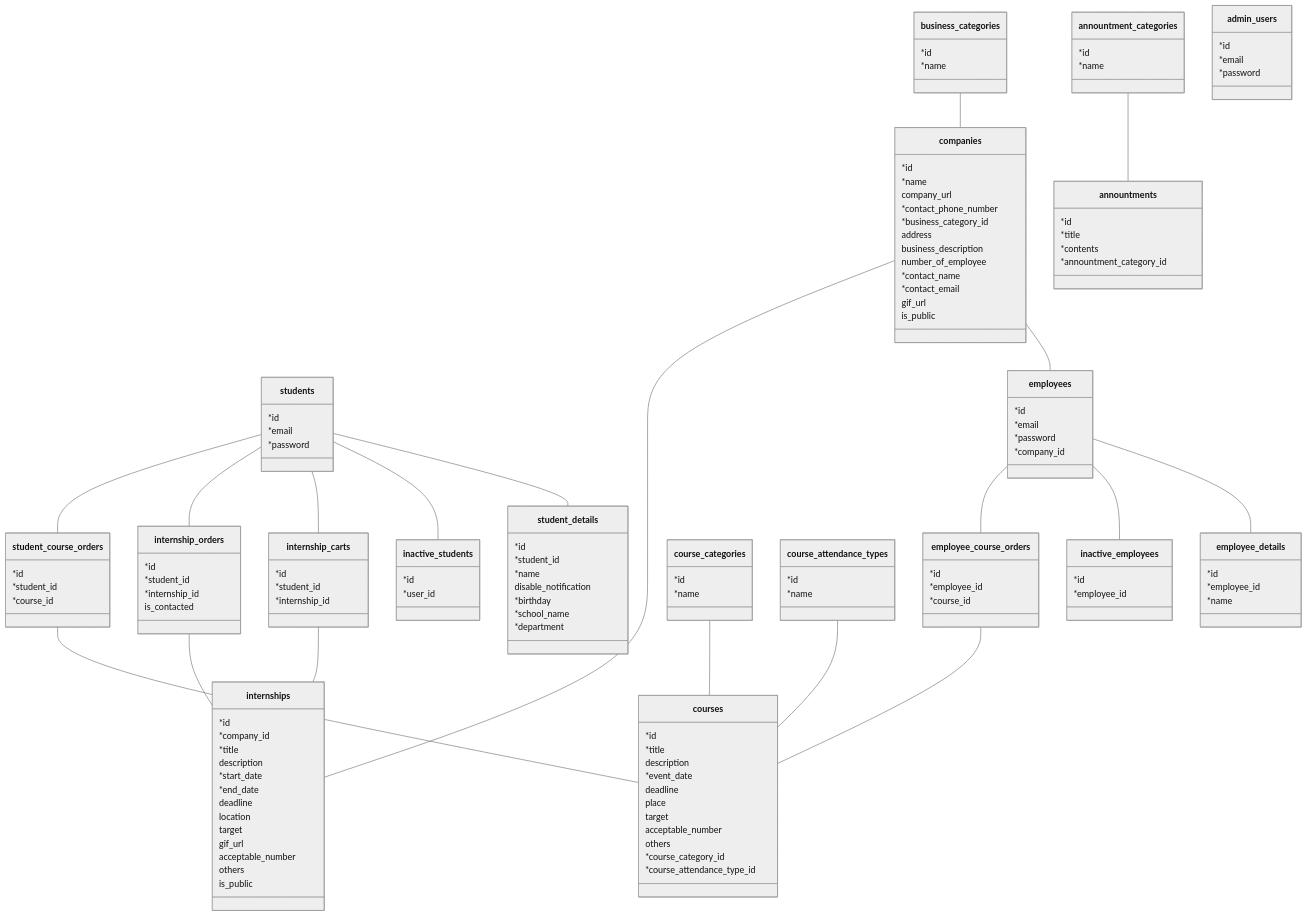
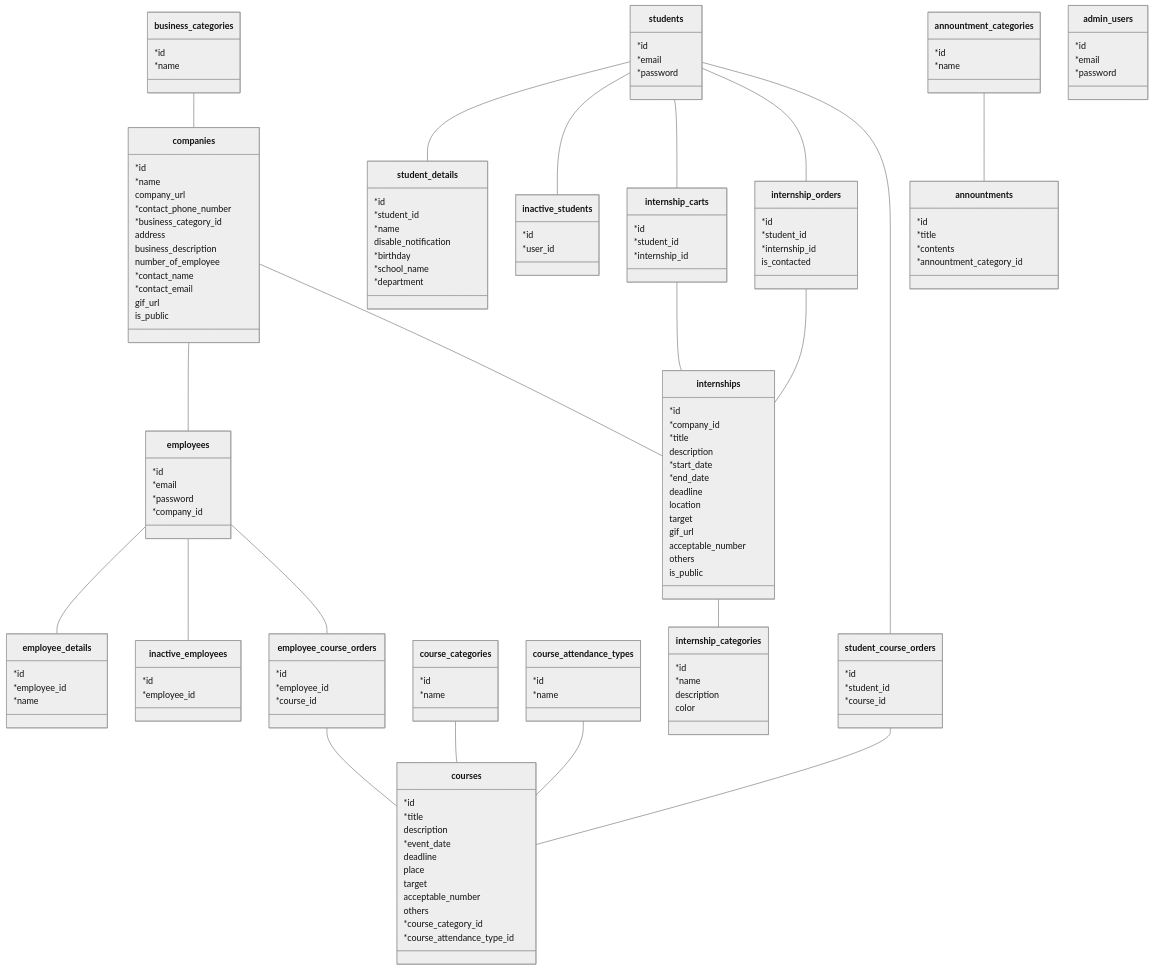
Before and after one commit to youichiro/nagaoka-internship-site: the diagram in docs/schema.md, drawn with Mermaid. The commit also changed 2 other files, not shown here.

Commit message:
create internship_categories

```diff
--- a/docs/schema.md
+++ b/docs/schema.md
@@ -10,6 +10,7 @@
   business_categories -- companies
   companies -- employees
   companies -- internships
+  internships -- internship_categories
 
   students -- internship_carts
   students -- internship_orders
@@ -90,6 +91,13 @@
     *name
   }
 
+  class internship_categories {
+    *id
+    *name
+    description
+    color
+  }
+
   class internships {
     *id
     *company_id
```
